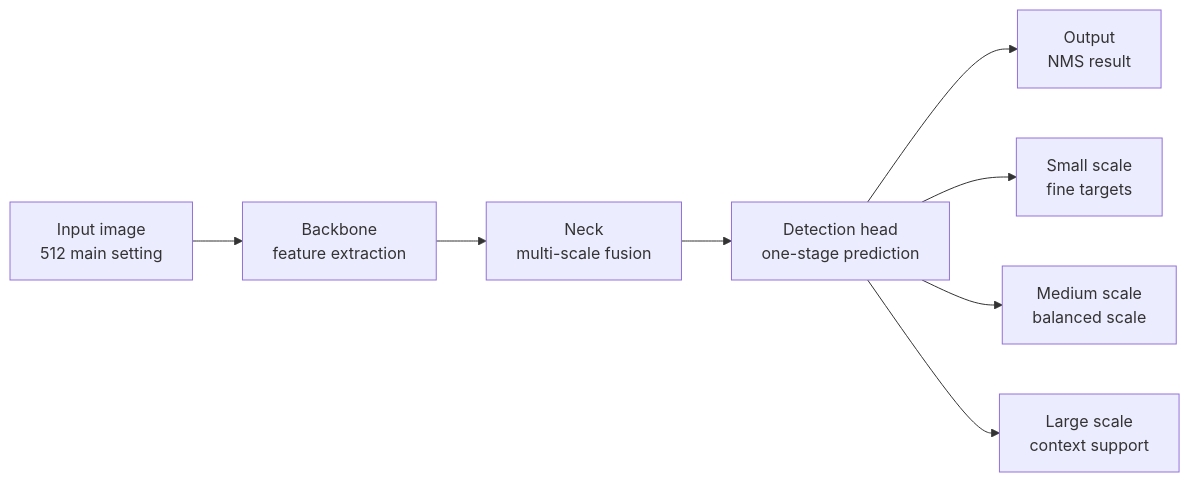
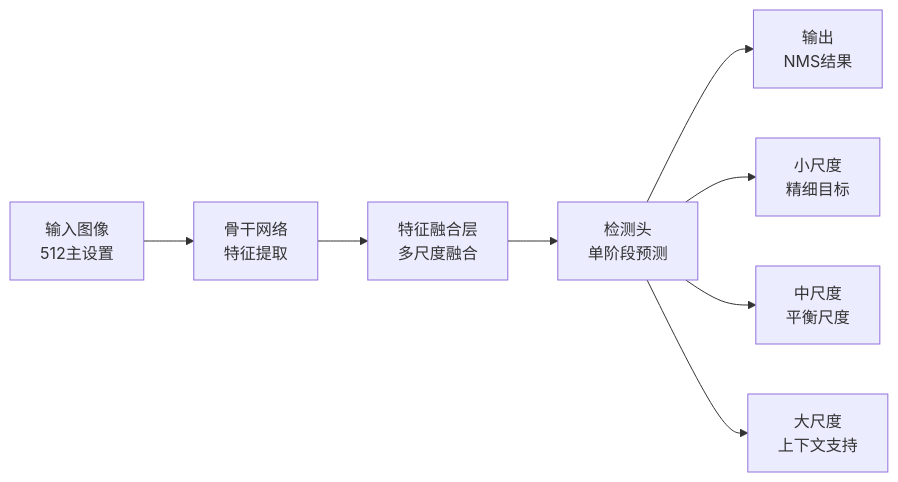
Before and after one commit to kkkhs/graduation_project: the fifth of 9 diagrams in thesis_figures_guide.md, drawn with Mermaid. The commit also changed other lines of this file and 11 other files, not shown here.

First line of the commit message:
docs: 翻译 thesis_figures_guide.md 所有 Mermaid 节点为中文

````diff
--- a/thesis_figures_guide.md
+++ b/thesis_figures_guide.md
@@ -109,11 +109,11 @@
 ```mermaid
 flowchart LR
-    A[Input image<br/>512 main setting] --> B[Backbone<br/>feature extraction]
-    B --> C[Neck<br/>multi-scale fusion]
-    C --> D[Detection head<br/>one-stage prediction]
-    D --> E[Output<br/>NMS result]
+    A[输入图像<br/>512主设置] --> B[骨干网络<br/>特征提取]
+    B --> C[特征融合层<br/>多尺度融合]
+    C --> D[检测头<br/>单阶段预测]
+    D --> E[输出<br/>NMS结果]
 
-    D --> F[Small scale<br/>fine targets]
-    D --> G[Medium scale<br/>balanced scale]
-    D --> H[Large scale<br/>context support]
+    D --> F[小尺度<br/>精细目标]
+    D --> G[中尺度<br/>平衡尺度]
+    D --> H[大尺度<br/>上下文支持]
 ```
````
